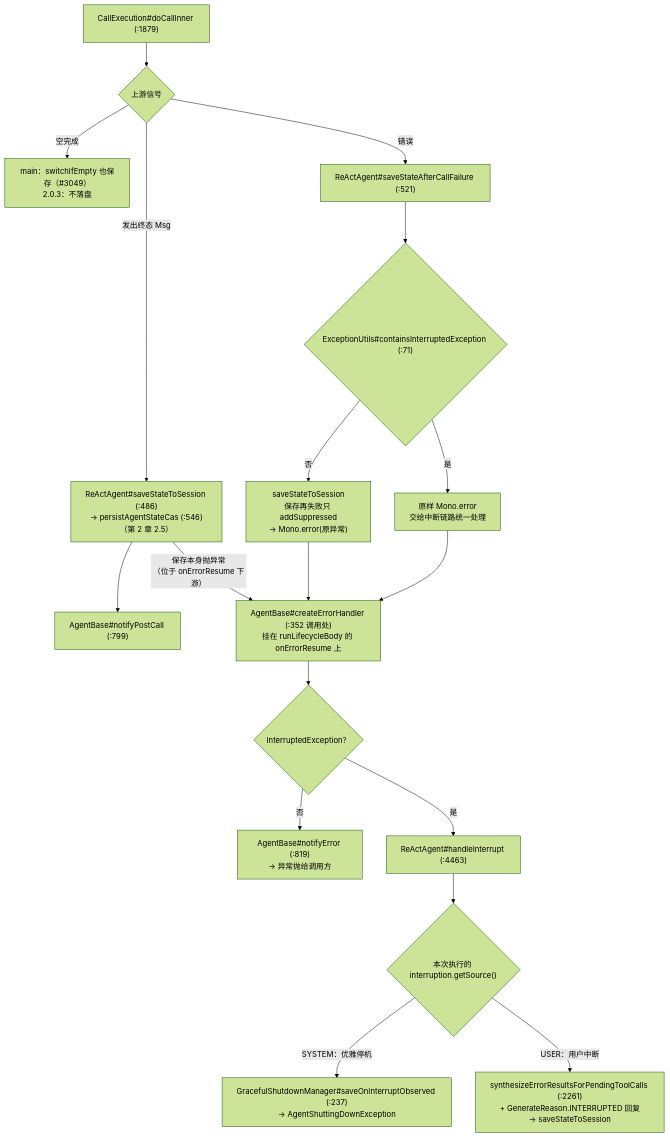
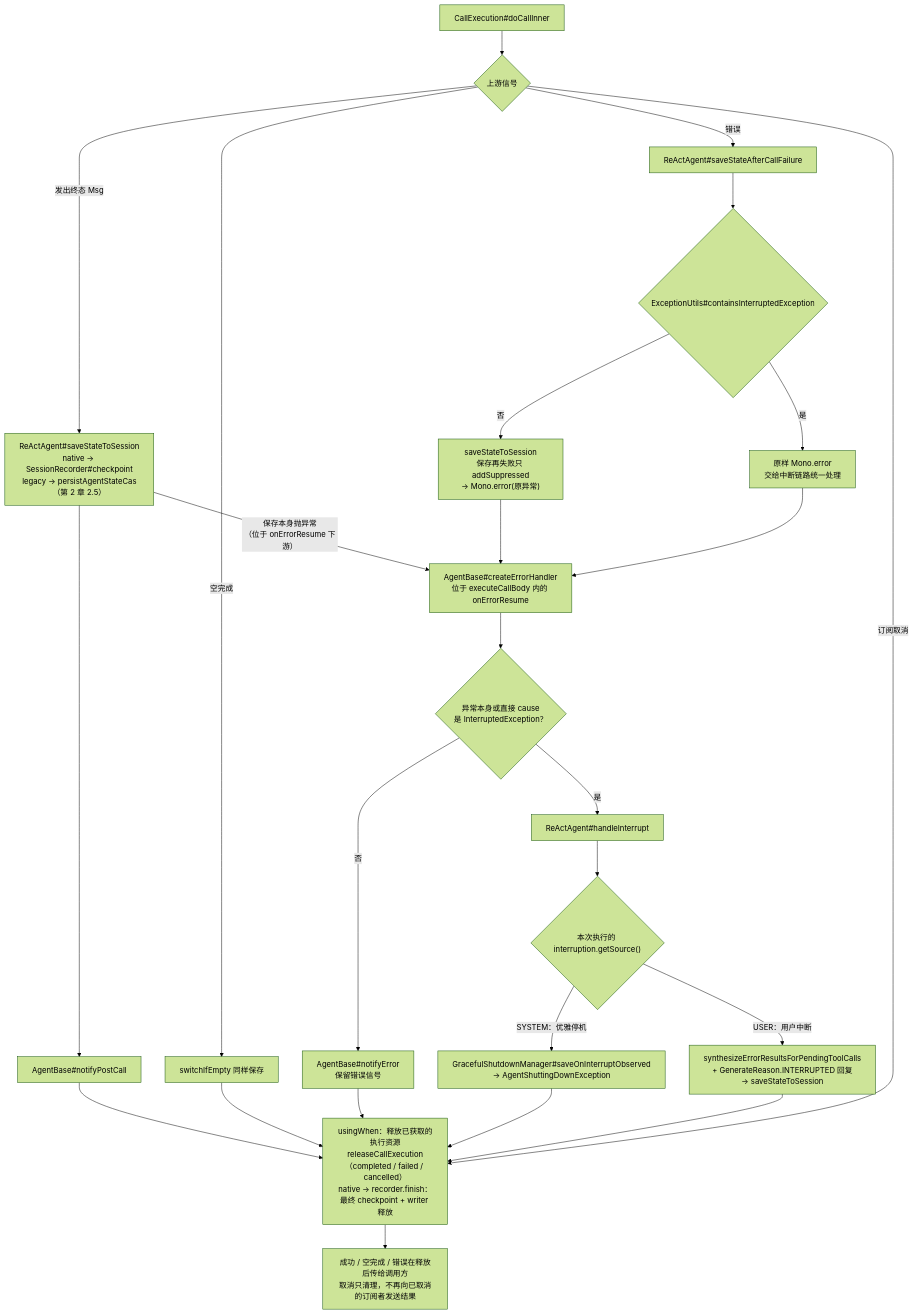
The fifth of 6 diagrams in 03-ReAct主循环.md (liulangjietou/AgentScope-source-analysis), drawn with Mermaid (forest theme) before and after one commit. The commit also changed other lines of this file and 13 other files, not shown here.

Commit message:
docs: align source guide and diagrams with main dcb131a3

````diff
--- a/03-ReAct主循环.md
+++ b/03-ReAct主循环.md
@@ -309,20 +326,27 @@
 ```mermaid
 flowchart TB
-    DCI["CallExecution#doCallInner (:1879)"] --> SIG{"上游信号"}
-    SIG -->|"发出终态 Msg"| SAVE["ReActAgent#saveStateToSession (:486)<br/>→ persistAgentStateCas (:546)（第 2 章 2.5）"]
-    SIG -->|"空完成"| SKIP["main：switchIfEmpty 也保存（#3049）<br/>2.0.3：不落盘"]
-    SIG -->|"错误"| SF["ReActAgent#saveStateAfterCallFailure (:521)"]
-    SF --> INT{"ExceptionUtils#containsInterruptedException (:71)"}
+    DCI["CallExecution#doCallInner"] --> SIG{"上游信号"}
+    SIG -->|"发出终态 Msg"| SAVE["ReActAgent#saveStateToSession<br/>native → SessionRecorder#checkpoint<br/>legacy → persistAgentStateCas（第 2 章 2.5）"]
+    SIG -->|"空完成"| SKIP["switchIfEmpty 同样保存"]
+    SIG -->|"错误"| SF["ReActAgent#saveStateAfterCallFailure"]
+    SF --> INT{"ExceptionUtils#containsInterruptedException"}
     INT -->|"否"| SF2["saveStateToSession<br/>保存再失败只 addSuppressed<br/>→ Mono.error(原异常)"]
     INT -->|"是"| PASS["原样 Mono.error<br/>交给中断链路统一处理"]
-    SAVE --> POST["AgentBase#notifyPostCall (:799)"]
+    SAVE --> POST["AgentBase#notifyPostCall"]
     SAVE -->|"保存本身抛异常<br/>（位于 onErrorResume 下游）"| EH
-    SF2 --> EH["AgentBase#createErrorHandler (:352 调用处)<br/>挂在 runLifecycleBody 的 onErrorResume 上"]
+    SF2 --> EH["AgentBase#createErrorHandler<br/>位于 executeCallBody 内的 onErrorResume"]
     PASS --> EH
-    EH --> IE{"InterruptedException？"}
-    IE -->|"否"| NE["AgentBase#notifyError (:819)<br/>→ 异常抛给调用方"]
-    IE -->|"是"| HI["ReActAgent#handleInterrupt (:4463)"]
+    EH --> IE{"异常本身或直接 cause<br/>是 InterruptedException？"}
+    IE -->|"否"| NE["AgentBase#notifyError<br/>保留错误信号"]
+    IE -->|"是"| HI["ReActAgent#handleInterrupt"]
     HI --> SRC{"本次执行的 interruption.getSource()"}
-    SRC -->|"SYSTEM：优雅停机"| SYS["GracefulShutdownManager#saveOnInterruptObserved (:237)<br/>→ AgentShuttingDownException"]
-    SRC -->|"USER：用户中断"| USR["synthesizeErrorResultsForPendingToolCalls (:2261)<br/>+ GenerateReason.INTERRUPTED 回复<br/>→ saveStateToSession"]
+    SRC -->|"SYSTEM：优雅停机"| SYS["GracefulShutdownManager#saveOnInterruptObserved<br/>→ AgentShuttingDownException"]
+    SRC -->|"USER：用户中断"| USR["synthesizeErrorResultsForPendingToolCalls<br/>+ GenerateReason.INTERRUPTED 回复<br/>→ saveStateToSession"]
+    POST --> REL["usingWhen：释放已获取的执行资源<br/>releaseCallExecution（completed / failed / cancelled）<br/>native → recorder.finish：最终 checkpoint + writer 释放"]
+    SKIP --> REL
+    NE --> REL
+    SYS --> REL
+    USR --> REL
+    SIG -->|"订阅取消"| REL
+    REL --> OUT["成功 / 空完成 / 错误在释放后传给调用方<br/>取消只清理，不再向已取消的订阅者发送结果"]
 ```
````
